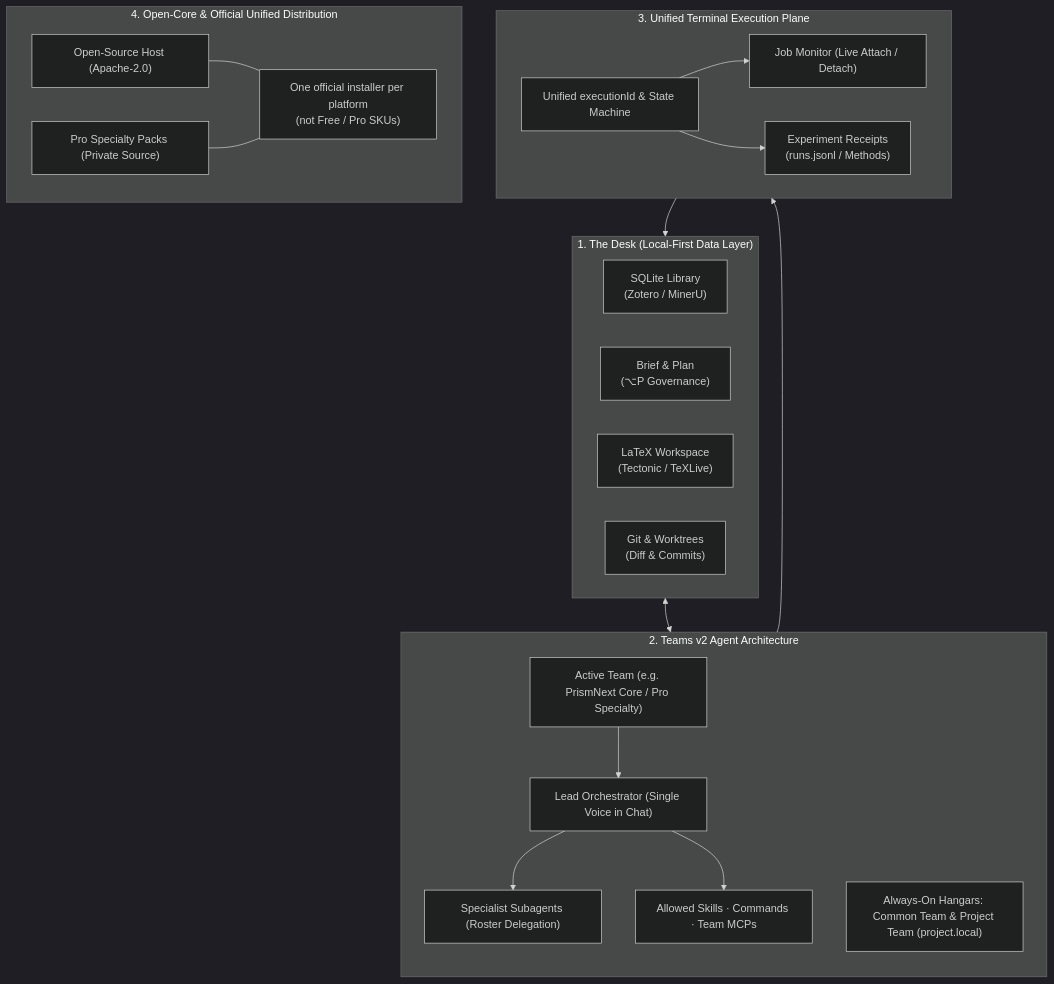
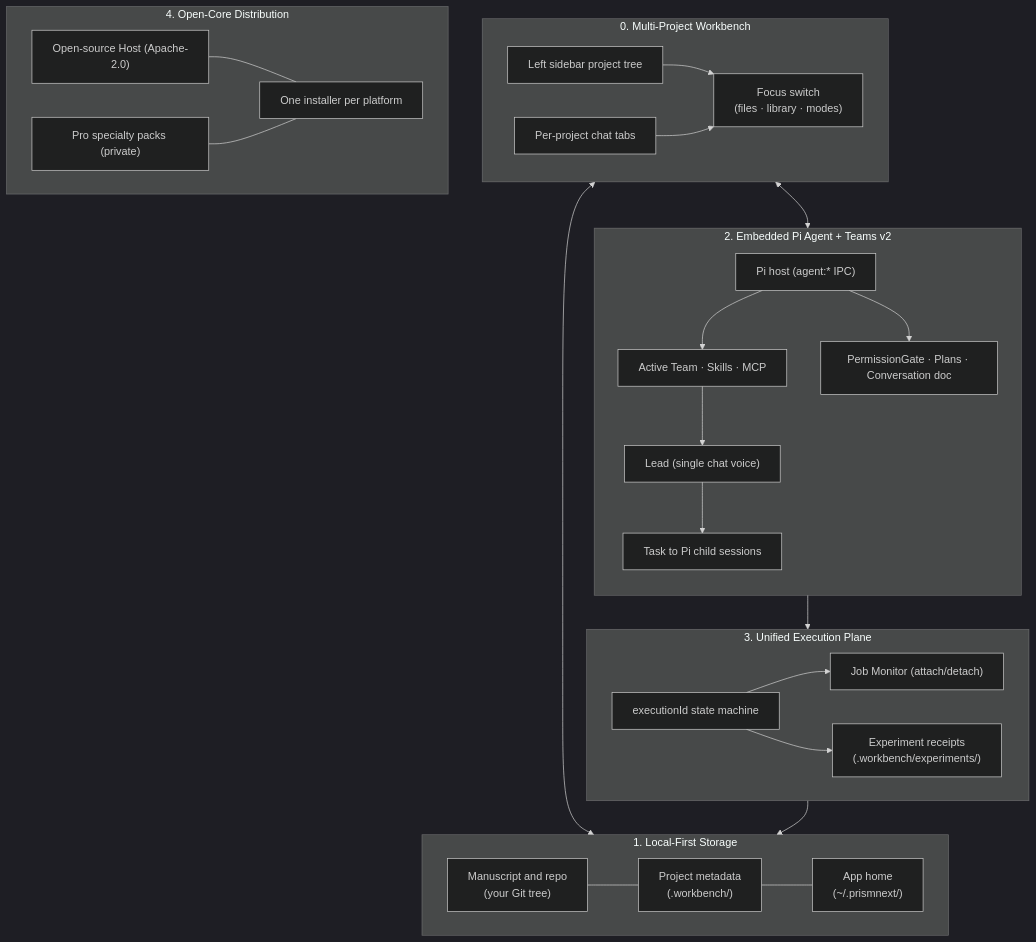
The diagram in README.md (yibocat/prismnext), drawn with Mermaid (dark theme) before and after one commit. The commit also changed other lines of this file and 6 other files, not shown here.

First line of the commit message:
docs: align README and website with 0.8 Workbench + Pi architecture

````diff
--- a/README.md
+++ b/README.md
@@ -63,44 +64,56 @@
 ```mermaid
 flowchart TB
-  subgraph Desk ["1. The Desk (Local-First Data Layer)"]
+  subgraph Workbench ["0. Multi-Project Workbench"]
     direction LR
-    Lib["SQLite Library<br/>(Zotero / MinerU)"]
-    Brief["Brief & Plan<br/>(⌥P Governance)"]
-    Tex["LaTeX Workspace<br/>(Tectonic / TeXLive)"]
-    Git["Git & Worktrees<br/>(Diff & Commits)"]
+    Rail["Left sidebar project tree"]
+    Chats["Per-project chat tabs"]
+    Focus["Focus switch<br/>(files · library · modes)"]
+    Rail --> Focus
+    Chats --> Focus
   end
 
-  subgraph Teams ["2. Teams v2 Agent Architecture"]
-    direction TB
-    ActiveTeam["Active Team (e.g. PrismNext Core / Pro Specialty)"]
-    Lead["Lead Orchestrator (Single Voice in Chat)"]
-    Roster["Specialist Subagents (Roster Delegation)"]
-    Tools["Allowed Skills · Commands · Team MCPs"]
-    Hangars["Always-On Hangars: Common Team & Project Team (project.local)"]
-    ActiveTeam --> Lead
-    Lead --> Roster
-    Lead --> Tools
+  subgraph Desk ["1. Local-First Storage"]
+    direction LR
+    Paper["Manuscript and repo<br/>(your Git tree)"]
+    Meta["Project metadata<br/>(.workbench/)"]
+    Home["App home<br/>(~/.prismnext/)"]
+    Paper --- Meta
+    Meta --- Home
   end
 
-  subgraph Exec ["3. Unified Terminal Execution Plane"]
+  subgraph Pi ["2. Embedded Pi Agent + Teams v2"]
+    direction TB
+    Host["Pi host (agent:* IPC)"]
+    Teams["Active Team · Skills · MCP"]
+    Lead["Lead (single chat voice)"]
+    Task["Task to Pi child sessions"]
+    Gate["PermissionGate · Plans · Conversation doc"]
+    Host --> Teams
+    Teams --> Lead
+    Lead --> Task
+    Host --> Gate
+  end
+
+  subgraph Exec ["3. Unified Execution Plane"]
     direction LR
-    JobId["Unified executionId & State Machine"]
-    JobMonitor["Job Monitor (Live Attach / Detach)"]
-    Provenance["Experiment Receipts<br/>(runs.jsonl / Methods)"]
+    JobId["executionId state machine"]
+    JobMonitor["Job Monitor (attach/detach)"]
+    Provenance["Experiment receipts<br/>(.workbench/experiments/)"]
     JobId --> JobMonitor
     JobId --> Provenance
   end
 
-  subgraph Dist ["4. Open-Core & Official Unified Distribution"]
+  subgraph Dist ["4. Open-Core Distribution"]
     direction LR
-    Host["Open-Source Host (Apache-2.0)"]
-    ProPacks["Pro Specialty Packs (Private Source)"]
-    OneInstaller["One official installer per platform<br/>(not Free / Pro SKUs)"]
-    Host --- OneInstaller
+    HostOSS["Open-source Host (Apache-2.0)"]
+    ProPacks["Pro specialty packs (private)"]
+    OneInstaller["One installer per platform"]
+    HostOSS --- OneInstaller
     ProPacks --- OneInstaller
   end
 
-  Desk <--> Teams
-  Teams --> Exec
+  Workbench <--> Desk
+  Workbench <--> Pi
+  Pi --> Exec
   Exec --> Desk
 ```
````
